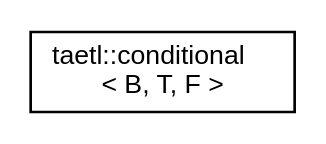
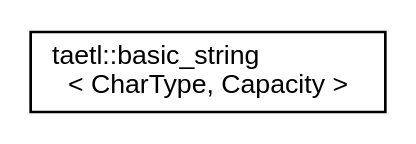
The diagram in inherit_graph_2.dot (tobanteAudio/taetl), drawn with Graphviz before and after one commit. The commit also changed 198 other files, not shown here.

```diff
--- a/inherit_graph_2.dot
+++ b/inherit_graph_2.dot
@@ -1,7 +1,7 @@
 digraph "Graphical Class Hierarchy"
 {
   edge [fontname="Helvetica",fontsize="10",labelfontname="Helvetica",labelfontsize="10"];
   node [fontname="Helvetica",fontsize="10",shape=record];
   rankdir="LR";
-  Node0 [label="taetl::conditional\l\< B, T, F \>",height=0.2,width=0.4,color="black", fillcolor="white", style="filled",URL="$structtaetl_1_1conditional.html",tooltip="Provides member typedef type, which is defined as T if B is true at compile time, or as F if B is fal..."];
+  Node0 [label="taetl::basic_string\l\< CharType, Capacity \>",height=0.2,width=0.4,color="black", fillcolor="white", style="filled",URL="$classtaetl_1_1basic__string.html",tooltip="basic_string class with fixed size capacity. "];
 }
```
